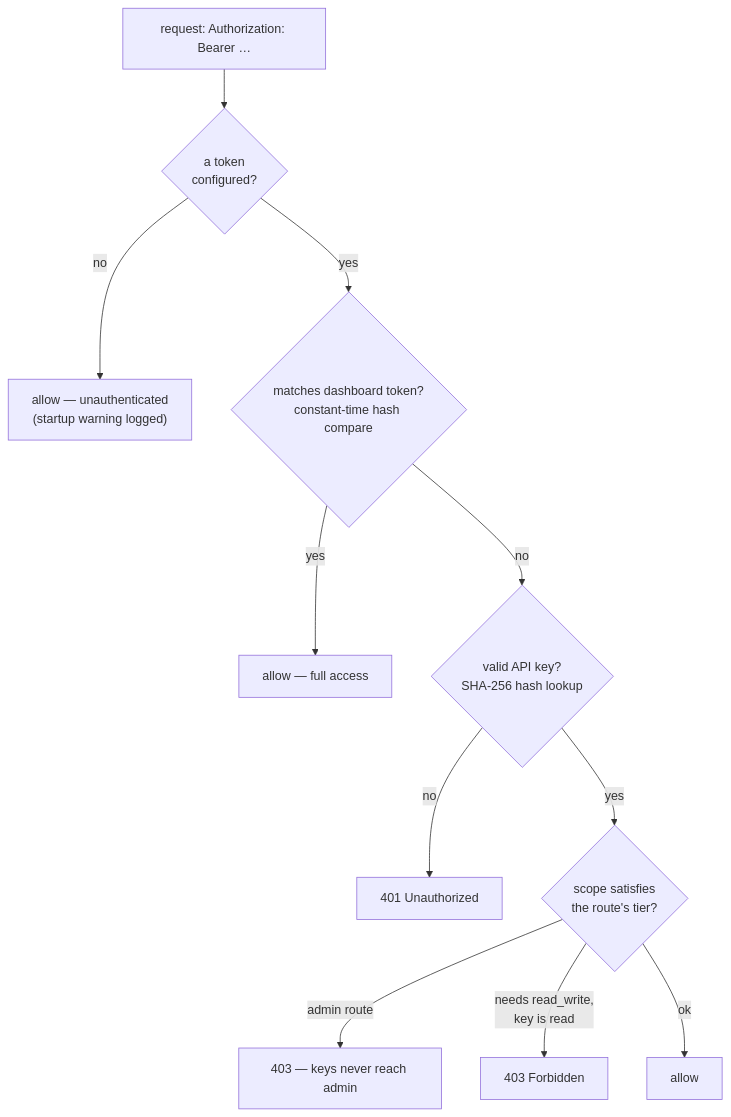
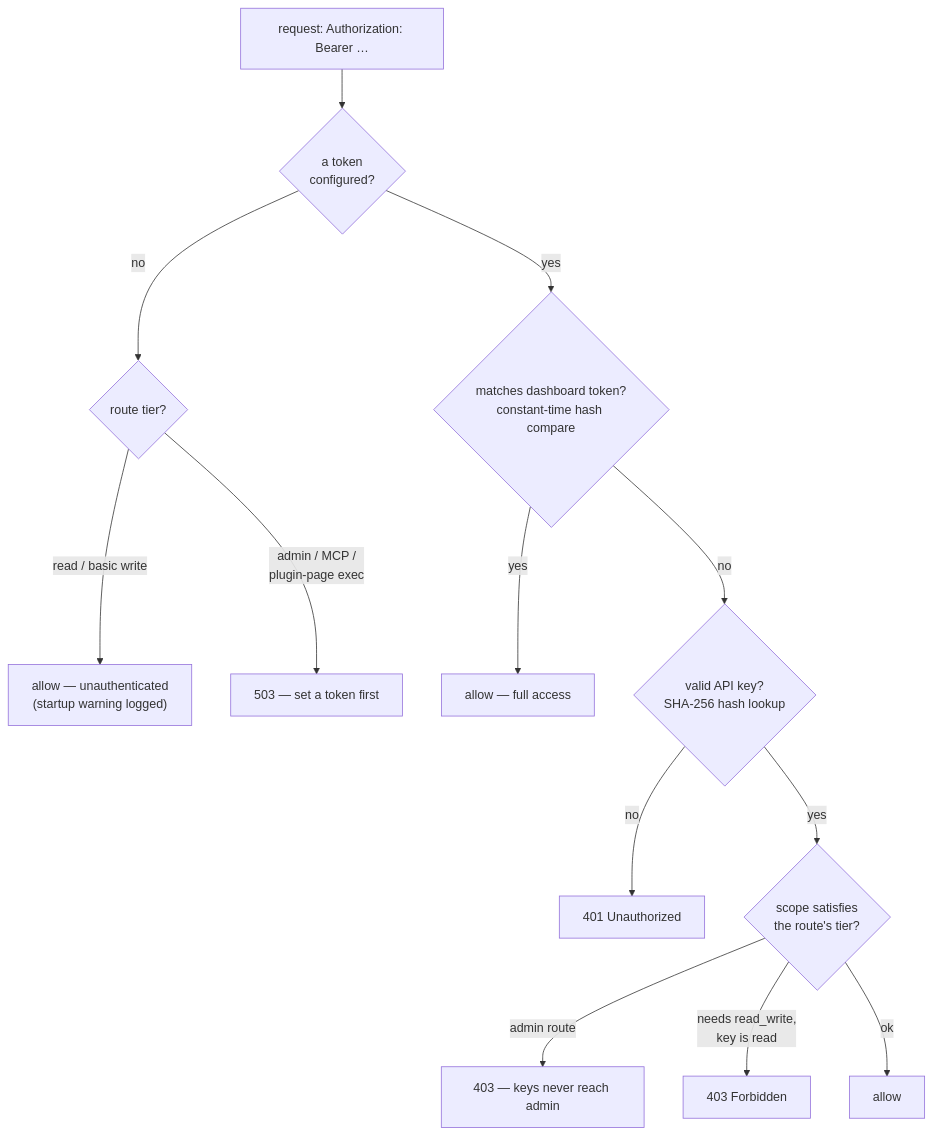
The diagram in docs/interfaces/authentication.md (paulmeier/kasas), drawn with Mermaid before and after one commit. The commit also changed other lines of this file and 14 other files, not shown here.

````diff
--- a/docs/interfaces/authentication.md
+++ b/docs/interfaces/authentication.md
@@ -31,13 +42,15 @@
 ```mermaid
 flowchart TD
     REQ["request: Authorization: Bearer …"] --> DIS{a token<br/>configured?}
-    DIS -->|no| ALLOW["allow — unauthenticated<br/>(startup warning logged)"]
+    DIS -->|no| TIER0{route tier?}
+    TIER0 -->|read / basic write| ALLOW["allow — unauthenticated<br/>(startup warning logged)"]
+    TIER0 -->|admin / MCP /<br/>plugin-page exec| U503["503 — set a token first"]
     DIS -->|yes| DT{matches dashboard token?<br/>constant-time hash compare}
     DT -->|yes| FULL[allow — full access]
     DT -->|no| KEY{valid API key?<br/>SHA-256 hash lookup}
     KEY -->|no| U401[401 Unauthorized]
     KEY -->|yes| SCOPE{scope satisfies<br/>the route's tier?}
     SCOPE -->|admin route| A403["403 — keys never reach admin"]
     SCOPE -->|needs read_write,<br/>key is read| F403[403 Forbidden]
     SCOPE -->|ok| ALLOW2[allow]
 ```
````
